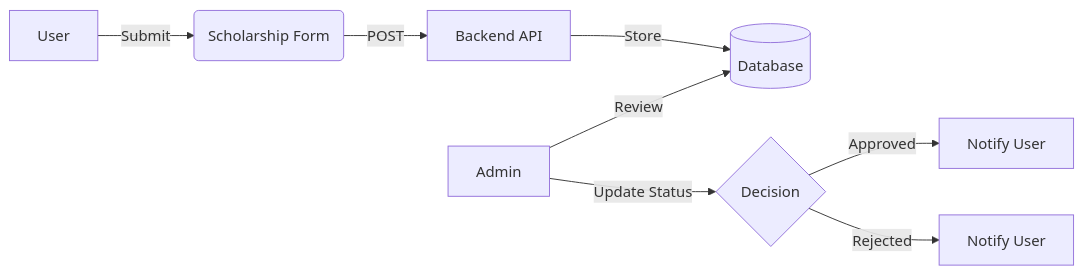
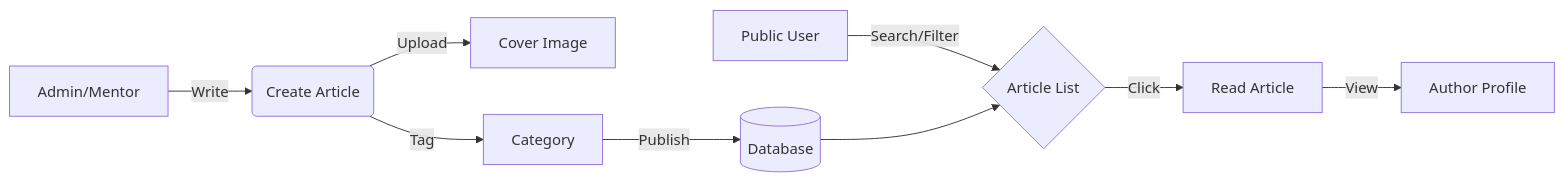
The seventh of 8 diagrams in APP_FLOWS.md (23081010076-oss/backend), drawn with Mermaid before and after one commit. The commit also changed other lines of this file, not shown here.

Commit message:
docs: Expand application flows documentation by adding new sections for portfolio, course management, articles, and corporate services, and enhancing details of existing flows.

````diff
--- a/APP_FLOWS.md
+++ b/APP_FLOWS.md
@@ -155,10 +222,12 @@
 ```mermaid
 graph LR
-    A[User] -->|Submit| B(Scholarship Form)
-    B -->|POST| C[Backend API]
-    C -->|Store| D[(Database)]
-    E[Admin] -->|Review| D
-    E -->|Update Status| F{Decision}
-    F -->|Approved| G[Notify User]
-    F -->|Rejected| H[Notify User]
+    A[Admin/Mentor] -->|Write| B(Create Article)
+    B -->|Upload| C[Cover Image]
+    B -->|Tag| D[Category]
+    D -->|Publish| E[(Database)]
+    
+    F[Public User] -->|Search/Filter| G{Article List}
+    E --> G
+    G -->|Click| H[Read Article]
+    H -->|View| I[Author Profile]
 ```
````
